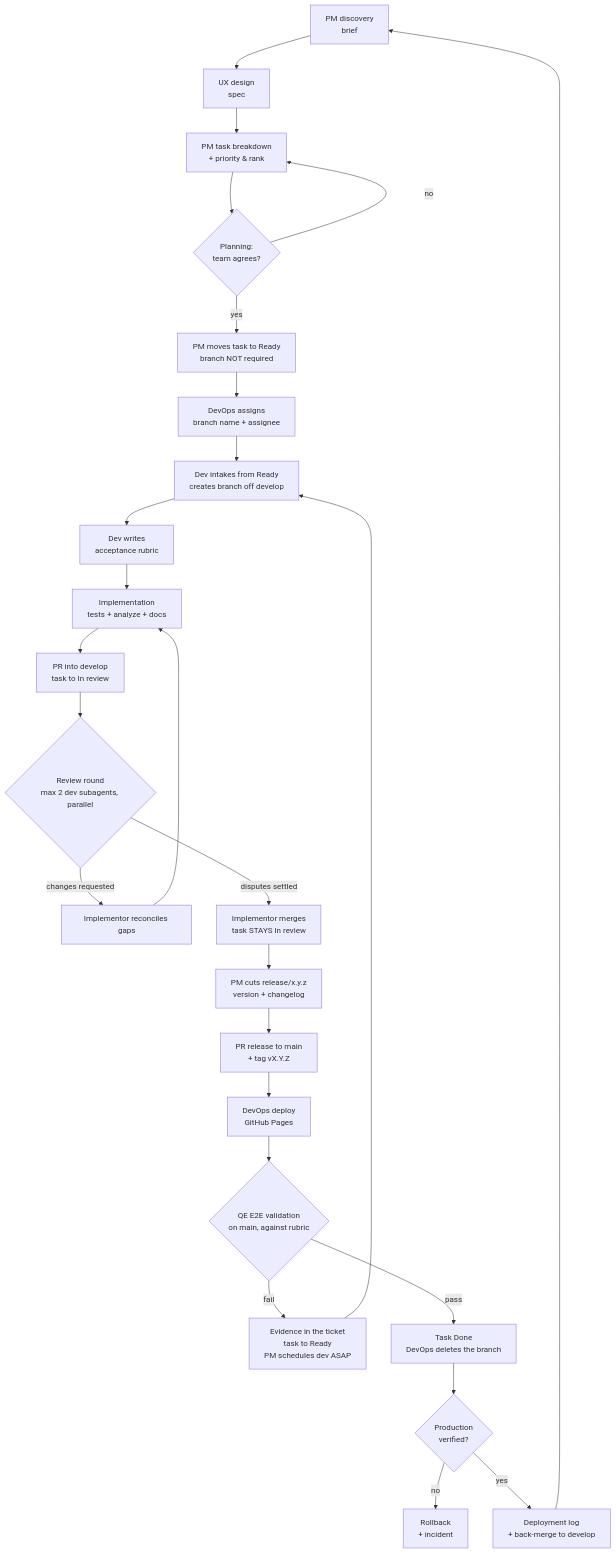
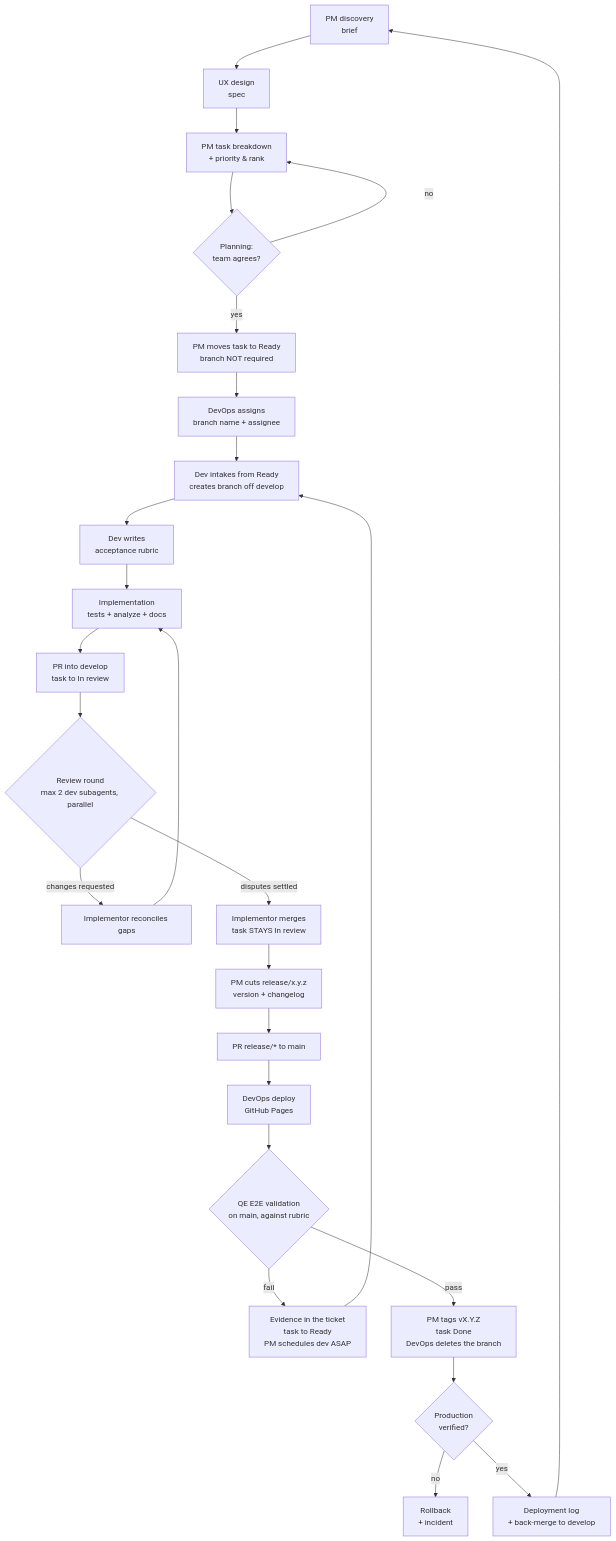
One commit to y0n1/bust_a_move_clone changed the diagram in docs/agent-team.md. Above: the diagram before and after it, drawn with Mermaid. The commit also changed other lines of this file, not shown here.

First line of the commit message:
docs(board): tag only after the QE verdict

````diff
--- a/docs/agent-team.md
+++ b/docs/agent-team.md
@@ -114,28 +114,28 @@
 ```mermaid
 flowchart TD
     A[PM discovery<br/>brief] --> B[UX design<br/>spec]
     B --> C[PM task breakdown<br/>+ priority & rank]
     C --> D{Planning:<br/>team agrees?}
     D -- no --> C
     D -- yes --> E[PM moves task to Ready<br/>branch NOT required]
     E --> F[DevOps assigns<br/>branch name + assignee]
     F --> G[Dev intakes from Ready<br/>creates branch off develop]
     G --> H[Dev writes<br/>acceptance rubric]
     H --> I[Implementation<br/>tests + analyze + docs]
     I --> J[PR into develop<br/>task to In review]
     J --> K{Review round<br/>max 2 dev subagents, parallel}
     K -- changes requested --> L[Implementor reconciles gaps]
     L --> I
     K -- disputes settled --> M[Implementor merges<br/>task STAYS In review]
     M --> N[PM cuts release/x.y.z<br/>version + changelog]
-    N --> O[PR release to main<br/>+ tag vX.Y.Z]
+    N --> O[PR release/* to main]
     O --> P[DevOps deploy<br/>GitHub Pages]
     P --> Q{QE E2E validation<br/>on main, against rubric}
     Q -- fail --> R[Evidence in the ticket<br/>task to Ready<br/>PM schedules dev ASAP]
     R --> G
-    Q -- pass --> S[Task Done<br/>DevOps deletes the branch]
+    Q -- pass --> S[PM tags vX.Y.Z<br/>task Done<br/>DevOps deletes the branch]
     S --> T{Production<br/>verified?}
     T -- no --> U[Rollback<br/>+ incident]
     T -- yes --> V[Deployment log<br/>+ back-merge to develop]
     V --> A
 ```
````
